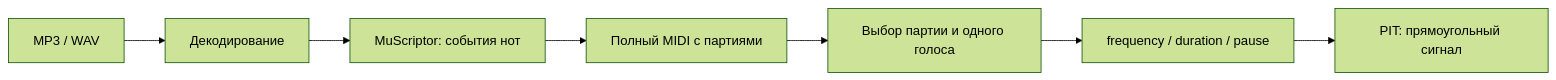
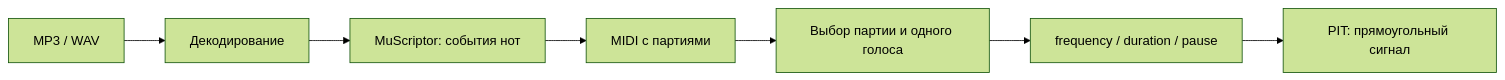
One commit to esinkirill/speaker-studio changed the diagram in docs/RESEARCH.md. Above: the diagram before and after it, drawn with Mermaid (forest theme). The commit also changed other lines of this file and 10 other files, not shown here.

````diff
--- a/docs/RESEARCH.md
+++ b/docs/RESEARCH.md
@@ -64,9 +54,9 @@
 ```mermaid
 flowchart LR
     A[MP3 / WAV] --> B[Декодирование]
     B --> C[MuScriptor: события нот]
-    C --> D[Полный MIDI с партиями]
+    C --> D[MIDI с партиями]
     D --> E[Выбор партии и одного голоса]
     E --> F[frequency / duration / pause]
     F --> G[PIT: прямоугольный сигнал]
 ```
````
